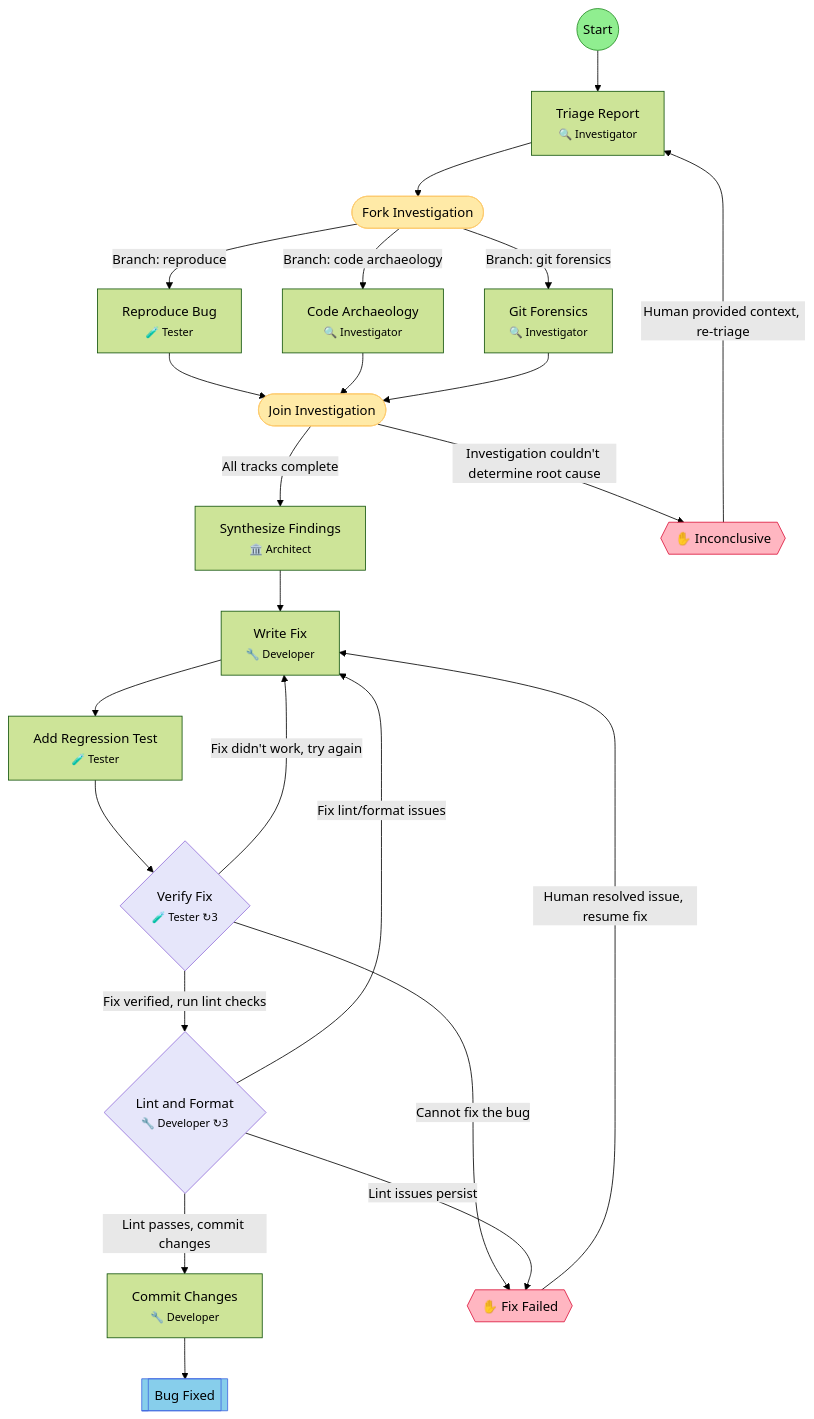
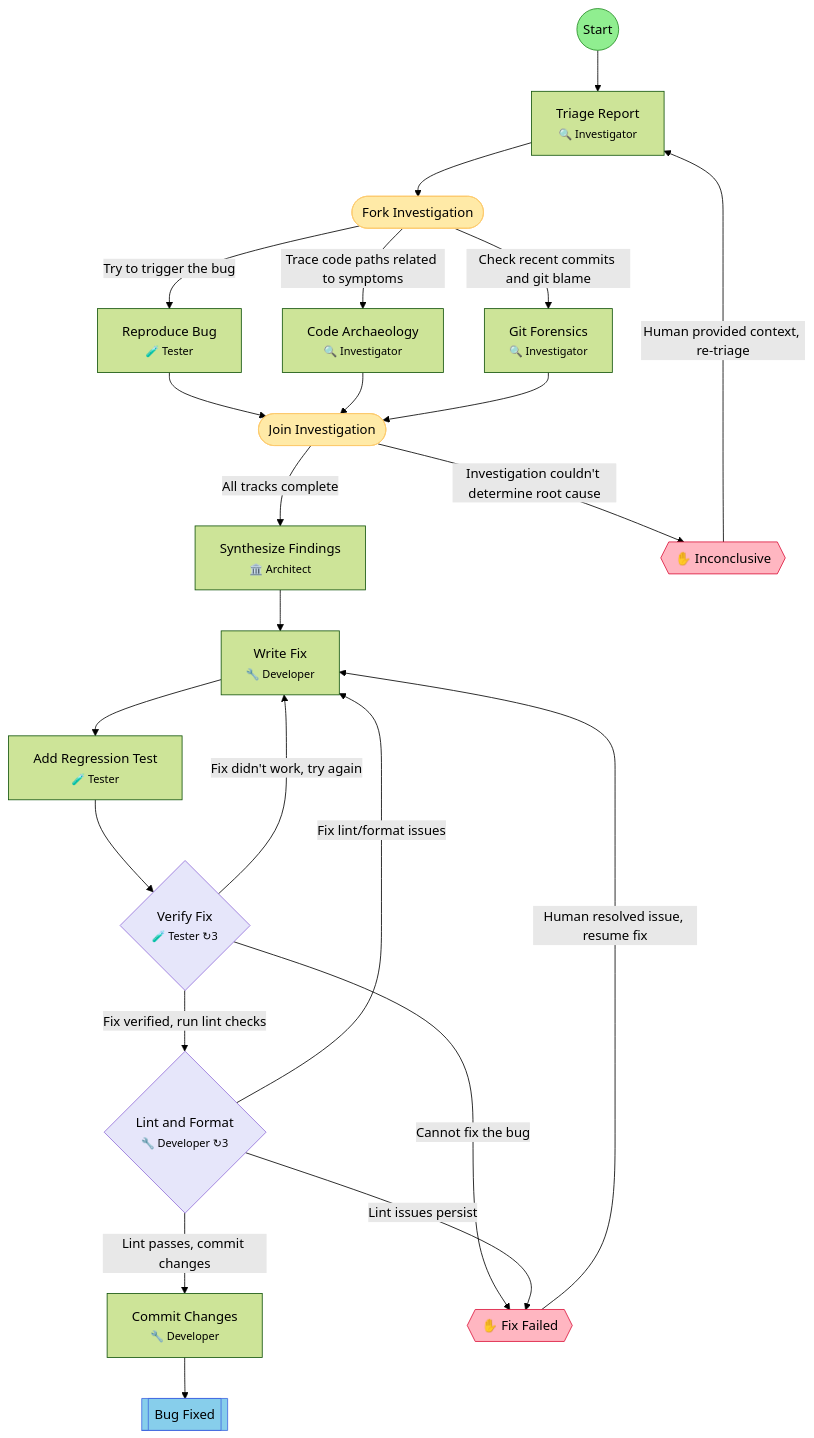
One commit to leclabs/agent-toolkit changed the diagram in .flow/diagrams/bug-hunt.md. Above: the diagram before and after it, drawn with Mermaid (forest theme). The commit also changed 70 other files, not shown here.

````diff
--- a/.flow/diagrams/bug-hunt.md
+++ b/.flow/diagrams/bug-hunt.md
@@ -7,54 +7,54 @@
 ```mermaid
 flowchart TD
     start(("Start"))
     triage["Triage Report<br/><small>🔍 Investigator</small>"]
     fork_investigate(["Fork Investigation"])
     reproduce["Reproduce Bug<br/><small>🧪 Tester</small>"]
     code_archaeology["Code Archaeology<br/><small>🔍 Investigator</small>"]
     git_forensics["Git Forensics<br/><small>🔍 Investigator</small>"]
     join_investigate(["Join Investigation"])
     synthesize["Synthesize Findings<br/><small>🏛️ Architect</small>"]
     write_fix["Write Fix<br/><small>🔧 Developer</small>"]
     add_regression_test["Add Regression Test<br/><small>🧪 Tester</small>"]
     verify_fix{"Verify Fix<br/><small>🧪 Tester ↻3</small>"}
     lint_format{"Lint and Format<br/><small>🔧 Developer ↻3</small>"}
     commit["Commit Changes<br/><small>🔧 Developer</small>"]
     end_success[["Bug Fixed"]]
     hitl_inconclusive{{"✋ Inconclusive"}}
     hitl_fix_failed{{"✋ Fix Failed"}}
 
     start --> triage
     triage --> fork_investigate
-    fork_investigate -->|Branch: reproduce| reproduce
-    fork_investigate -->|Branch: code archaeology| code_archaeology
-    fork_investigate -->|Branch: git forensics| git_forensics
+    fork_investigate -->|Try to trigger the bug| reproduce
+    fork_investigate -->|Trace code paths related to symptoms| code_archaeology
+    fork_investigate -->|Check recent commits and git blame| git_forensics
     reproduce --> join_investigate
     code_archaeology --> join_investigate
     git_forensics --> join_investigate
     join_investigate -->|All tracks complete| synthesize
     join_investigate -->|Investigation couldn't determine root cause| hitl_inconclusive
     synthesize --> write_fix
     write_fix --> add_regression_test
     add_regression_test --> verify_fix
     verify_fix -->|Fix verified, run lint checks| lint_format
     verify_fix -->|Fix didn't work, try again| write_fix
     verify_fix -->|Cannot fix the bug| hitl_fix_failed
     lint_format -->|Lint passes, commit changes| commit
     lint_format -->|Fix lint/format issues| write_fix
     lint_format -->|Lint issues persist| hitl_fix_failed
     commit --> end_success
     hitl_inconclusive -->|Human provided context, re-triage| triage
     hitl_fix_failed -->|Human resolved issue, resume fix| write_fix
 
     classDef startStep fill:#90EE90,stroke:#228B22
     classDef successStep fill:#87CEEB,stroke:#4169E1
     classDef hitlStep fill:#FFB6C1,stroke:#DC143C
     classDef gateStep fill:#E6E6FA,stroke:#9370DB
     classDef forkJoinStep fill:#FFEAA7,stroke:#FDCB6E
     classDef currentStep fill:#FFD700,stroke:#FF8C00,stroke-width:3px
     class start startStep
     class end_success successStep
     class hitl_inconclusive,hitl_fix_failed hitlStep
     class verify_fix,lint_format gateStep
     class fork_investigate,join_investigate forkJoinStep
 ```
````
